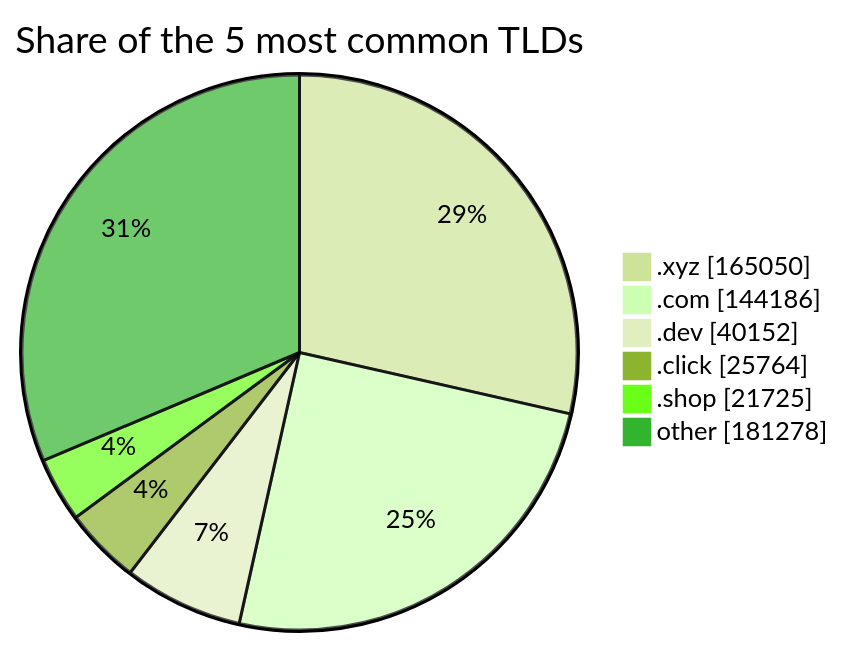
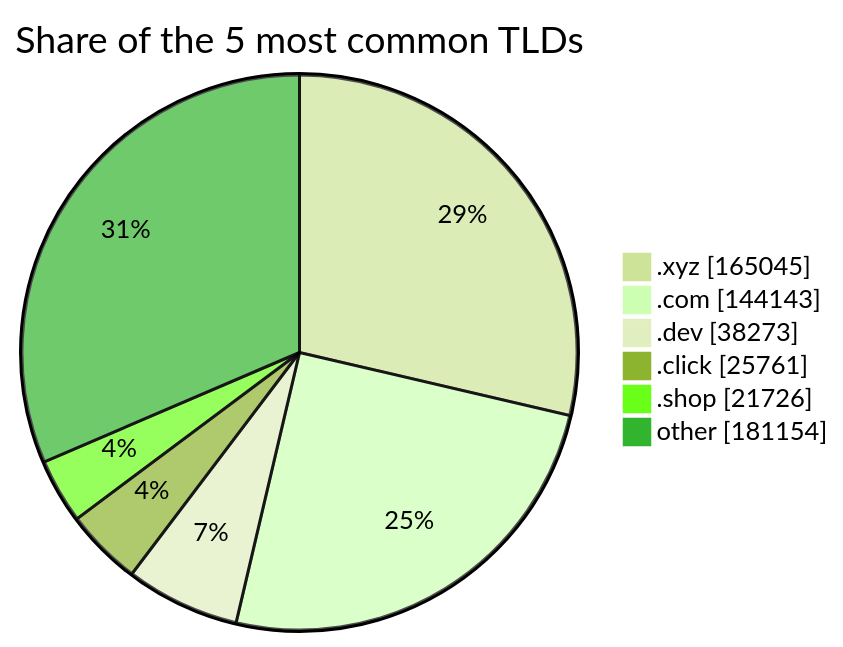
One commit to DNSBunker/CTI changed the third of 3 diagrams in README.md. Above: the diagram before and after it, drawn with Mermaid (forest theme). The commit also changed other lines of this file and 3 other files, not shown here.

````diff
--- a/README.md
+++ b/README.md
@@ -81,9 +81,9 @@
 ```mermaid
 pie showData title Share of the 5 most common TLDs
-    ".xyz" : 165050
-    ".com" : 144186
-    ".dev" : 40152
-    ".click" : 25764
-    ".shop" : 21725
-    "other" : 181278
+    ".xyz" : 165045
+    ".com" : 144143
+    ".dev" : 38273
+    ".click" : 25761
+    ".shop" : 21726
+    "other" : 181154
 ```
````
